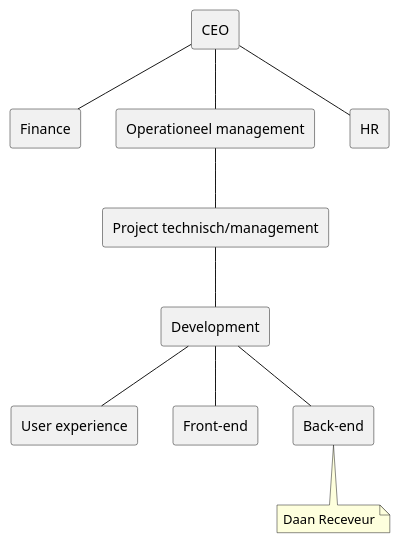
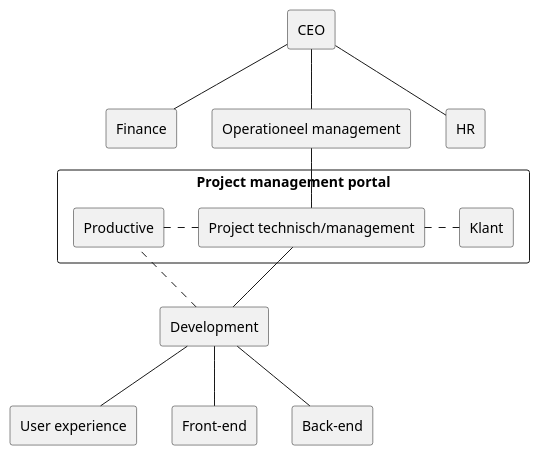
The diagram in Documentatie/PVA/PlanVanAanpak.md (DCReceveur/pre-afstudeer-docs), drawn with PlantUML before and after one commit. The commit also changed 11 other files, not shown here.

````diff
--- a/Documentatie/PVA/PlanVanAanpak.md
+++ b/Documentatie/PVA/PlanVanAanpak.md
@@ -47,28 +47,31 @@
 ```puml
+
 rectangle CEO
 rectangle Finance 
 rectangle "Operationeel management" as OM
 rectangle HR
-
+rectangle "Project management portal" as PMP{
 rectangle "Project technisch/management" as PTM
-
+rectangle "Klant" as Klant
+rectangle "Productive" as Productive
+}
 rectangle Development
 
 rectangle "User experience" as UX
 rectangle "Front-end" as FE
 rectangle "Back-end" as BE
 
 CEO -- Finance
 CEO -- OM
 CEO -- HR
 
 OM--PTM
 PTM--Development
+PTM .right. Klant
+PTM .left. Productive
+Development .. Productive
 
 Development--UX
 Development--FE
 Development--BE
-note bottom
-    Daan Receveur
-end note
 ```
````
